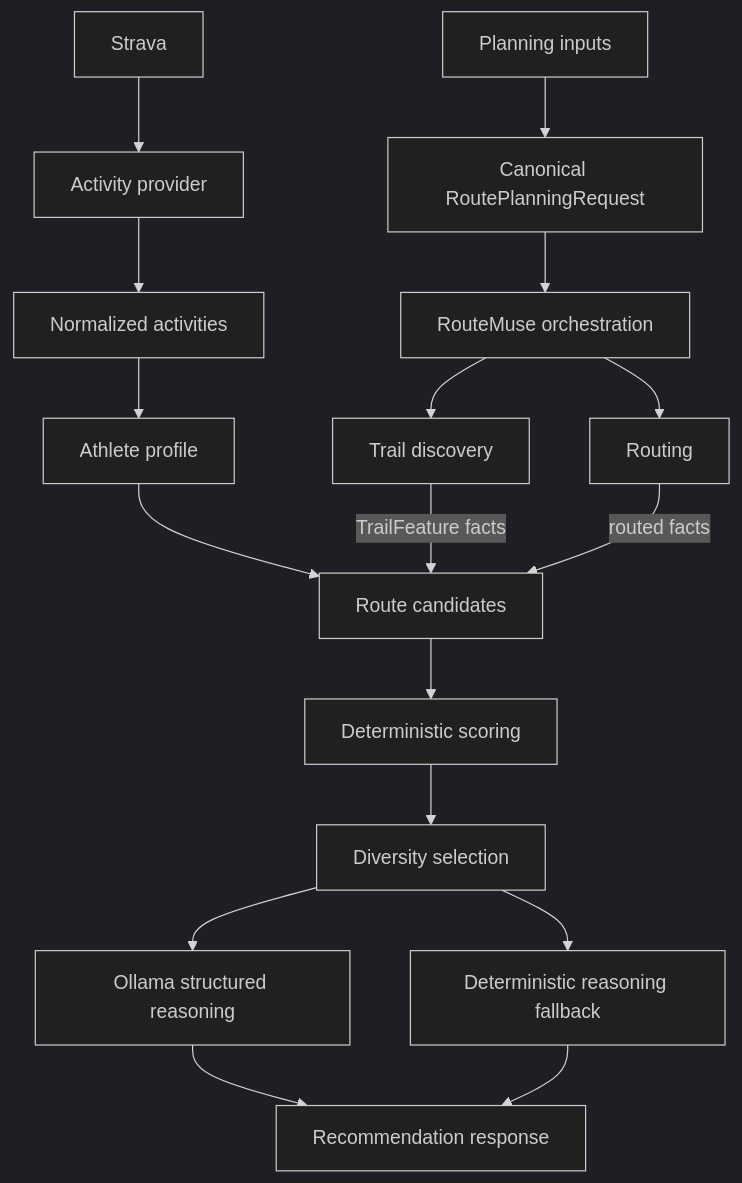
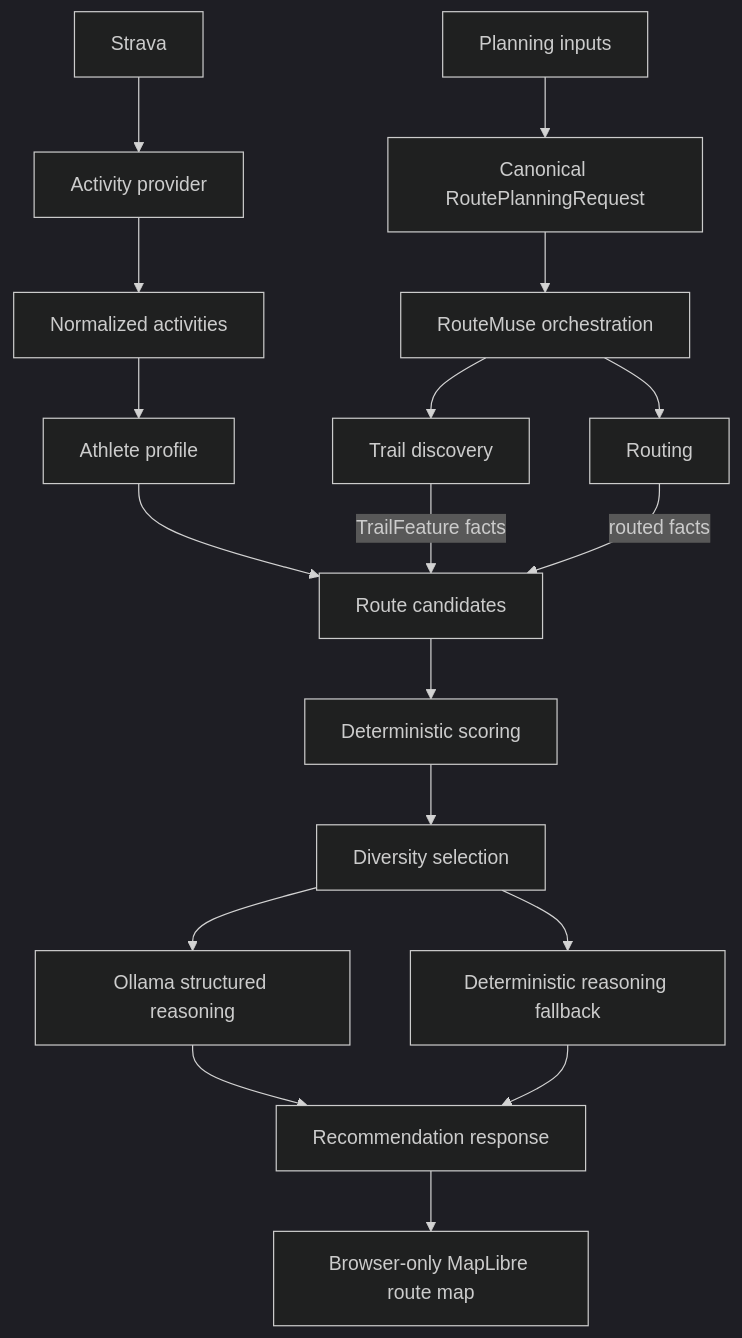
One commit to PooriaT/RouteMuse changed the diagram in docs/architecture.md. Above: the diagram before and after it, drawn with Mermaid (dark theme). The commit also changed other lines of this file and 15 other files, not shown here.

Commit message:
Add interactive recommendation route map

````diff
--- a/docs/architecture.md
+++ b/docs/architecture.md
@@ -5,19 +5,20 @@
 ```mermaid
 flowchart TD
   S[Strava] --> AP[Activity provider]
   AP --> N[Normalized activities]
   N --> A[Athlete profile]
   A --> RC[Route candidates]
   L[Planning inputs] --> PR[Canonical RoutePlanningRequest]
   PR --> OR[RouteMuse orchestration]
   OR --> TD[Trail discovery]
   OR --> RP[Routing]
   TD -->|TrailFeature facts| RC
   RP -->|routed facts| RC
   RC --> D[Deterministic scoring]
   D --> DS[Diversity selection]
   DS --> O[Ollama structured reasoning]
   DS --> F[Deterministic reasoning fallback]
   O --> U[Recommendation response]
   F --> U
+  U --> M[Browser-only MapLibre route map]
 ```
````
